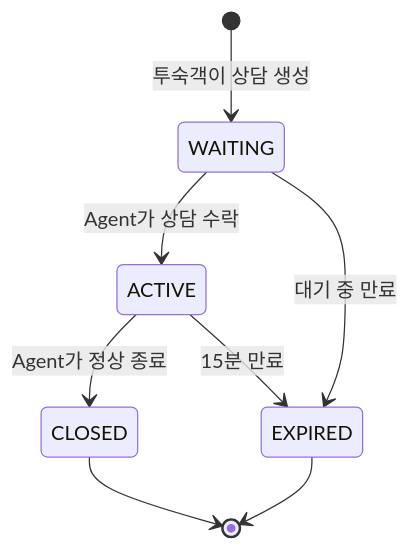
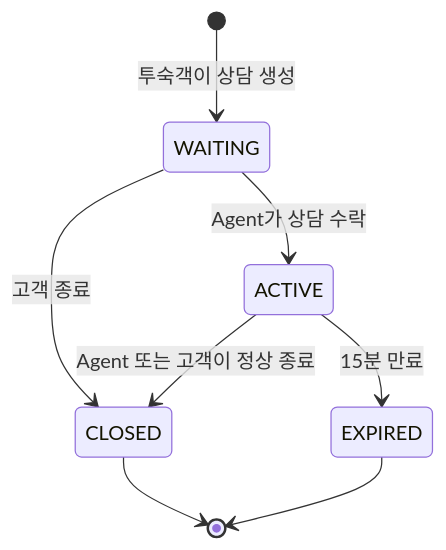
Before and after one commit to miffy9999/RemotePlus_Chat: the third of 8 diagrams in docs/08_System_Blueprint.md, drawn with Mermaid. The commit also changed other lines of this file and 35 other files, not shown here.

````diff
--- a/docs/08_System_Blueprint.md
+++ b/docs/08_System_Blueprint.md
@@ -94,10 +94,10 @@
 ```mermaid
 stateDiagram-v2
     [*] --> WAITING: 투숙객이 상담 생성
     WAITING --> ACTIVE: Agent가 상담 수락
-    WAITING --> EXPIRED: 대기 중 만료
-    ACTIVE --> CLOSED: Agent가 정상 종료
+    WAITING --> CLOSED: 고객 종료
+    ACTIVE --> CLOSED: Agent 또는 고객이 정상 종료
     ACTIVE --> EXPIRED: 15분 만료
     CLOSED --> [*]
     EXPIRED --> [*]
 ```
````
